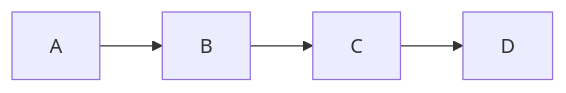
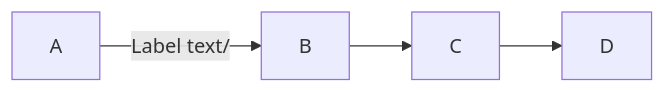
One commit to Or3win/Moussaka changed the diagram in README.md. Above: the diagram before and after it, drawn with Mermaid.

````diff
--- a/README.md
+++ b/README.md
@@ -5,6 +5,6 @@
 ```mermaid
 graph LR;
-    A-->B;
+    A-->|Label text/|B;
     B-->C;
     C-->D;
 ```
````
